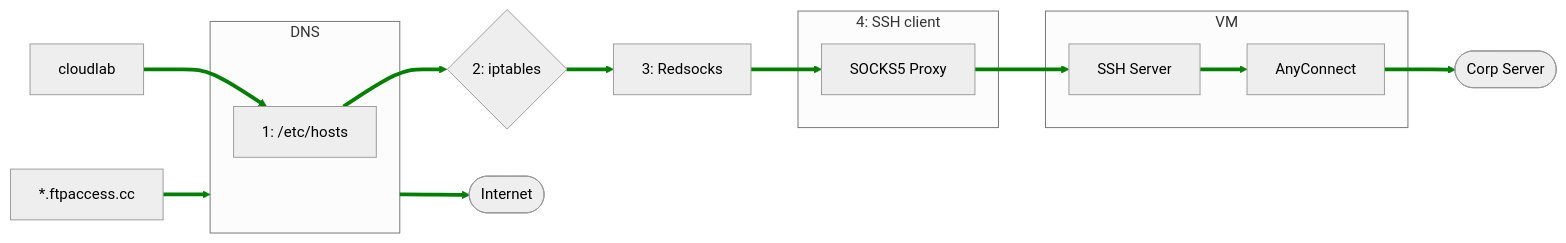
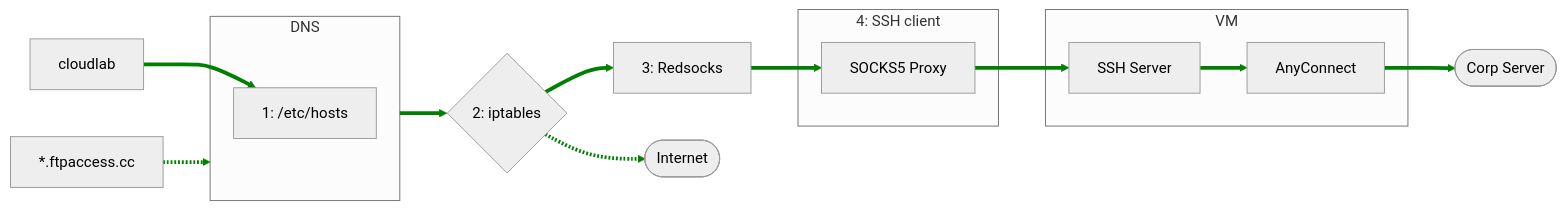
One commit to kyokley/nix-demo changed the diagram in docs/flake.md. Above: the diagram before and after it, drawn with Mermaid. The commit also changed other lines of this file, not shown here.

Commit message:
Update vpn diagram

````diff
--- a/docs/flake.md
+++ b/docs/flake.md
@@ -44,35 +44,35 @@
 ```mermaid
 %%{init: {'theme': 'neutral', "flowchart" : { "curve" : "basis" } } }%%
 graph LR
 
     subgraph DNS
         ETC_HOSTS["1: /etc/hosts"]
     end
 
     VPN_REQUEST["cloudlab"]
     INTERNET_REQUEST["*.ftpaccess.cc"]
 
     VPN_REQUEST --> ETC_HOSTS
-    INTERNET_REQUEST --> DNS
+    INTERNET_REQUEST -.-> DNS
 
     IP_TABLES{"2: iptables"}
 
-    ETC_HOSTS --> IP_TABLES
+    DNS ==> IP_TABLES
 
     IP_TABLES --> REDSOCKS["3: Redsocks"]
     subgraph "VM"
         SSH["SSH Server"] --> AnyConnect
     end
 
     subgraph SSH_CLIENT["4: SSH client"]
         SOCKS["SOCKS5 Proxy"]
     end
 
     REDSOCKS --> SOCKS
     SOCKS --> SSH
     AnyConnect --> OVPN(["Corp Server"])
 
-    DNS --> INTERNET([Internet])
+    IP_TABLES -.-> INTERNET([Internet])
 
 linkStyle default stroke-width:4px,fill:none,stroke:green;
 ```
````
